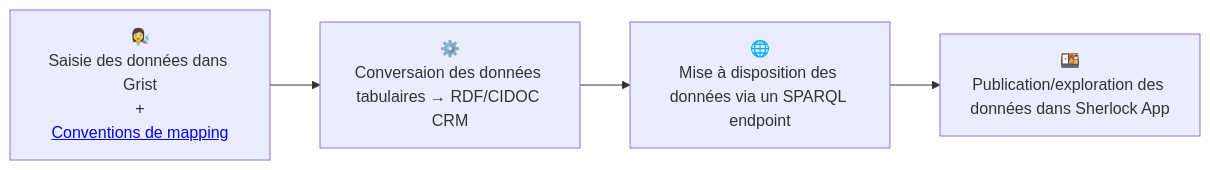
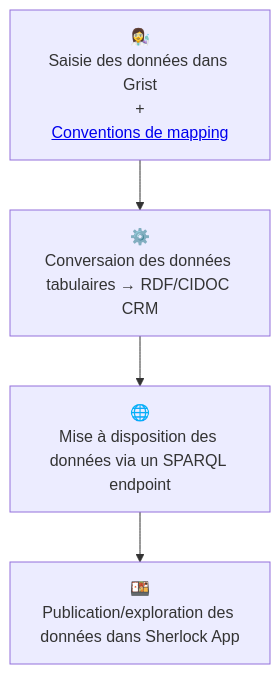
The diagram in README.md (sherlock-iremus/sherlock), drawn with Mermaid before and after one commit. The commit also changed other lines of this file, not shown here.

````diff
--- a/README.md
+++ b/README.md
@@ -15,11 +15,11 @@
 ```mermaid
-    flowchart LR
+    flowchart TB
     grist[👩‍🔬<br>Saisie des données dans Grist<br>+<br><a target="_blank" href="https://github.com/sherlock-iremus/sherlock-grist-to-crm/blob/main/doc/mapping.md">Conventions de mapping</a>]
     scripts[⚙️<br>Conversaion des données tabulaires → RDF/CIDOC CRM]
     sparql[🌐<br>Mise à disposition des données via un SPARQL endpoint]
     sherlock[🍱<br>Publication/exploration des données dans Sherlock App]
 
     grist --> scripts
     scripts --> sparql
     sparql --> sherlock
 ```
````
